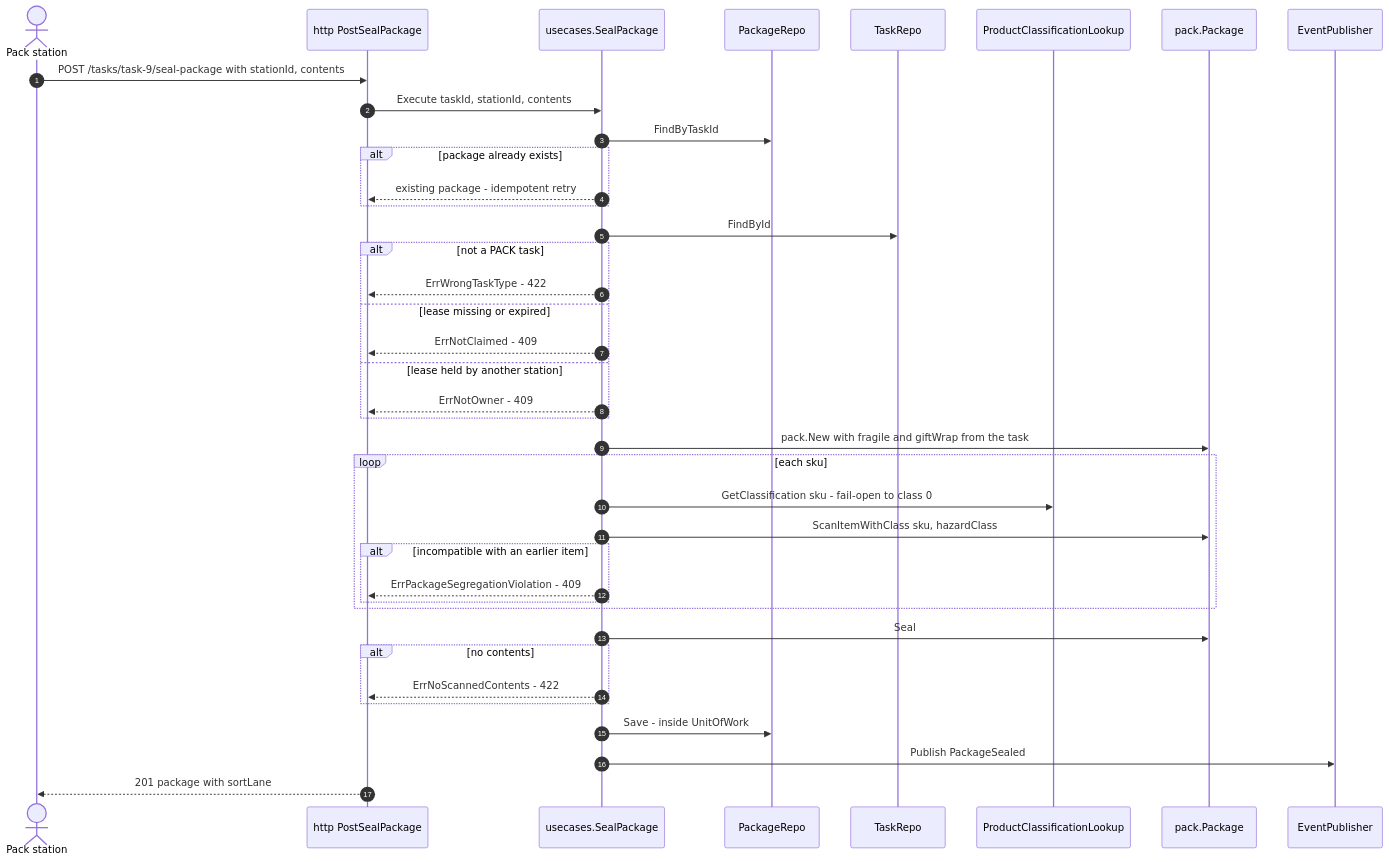
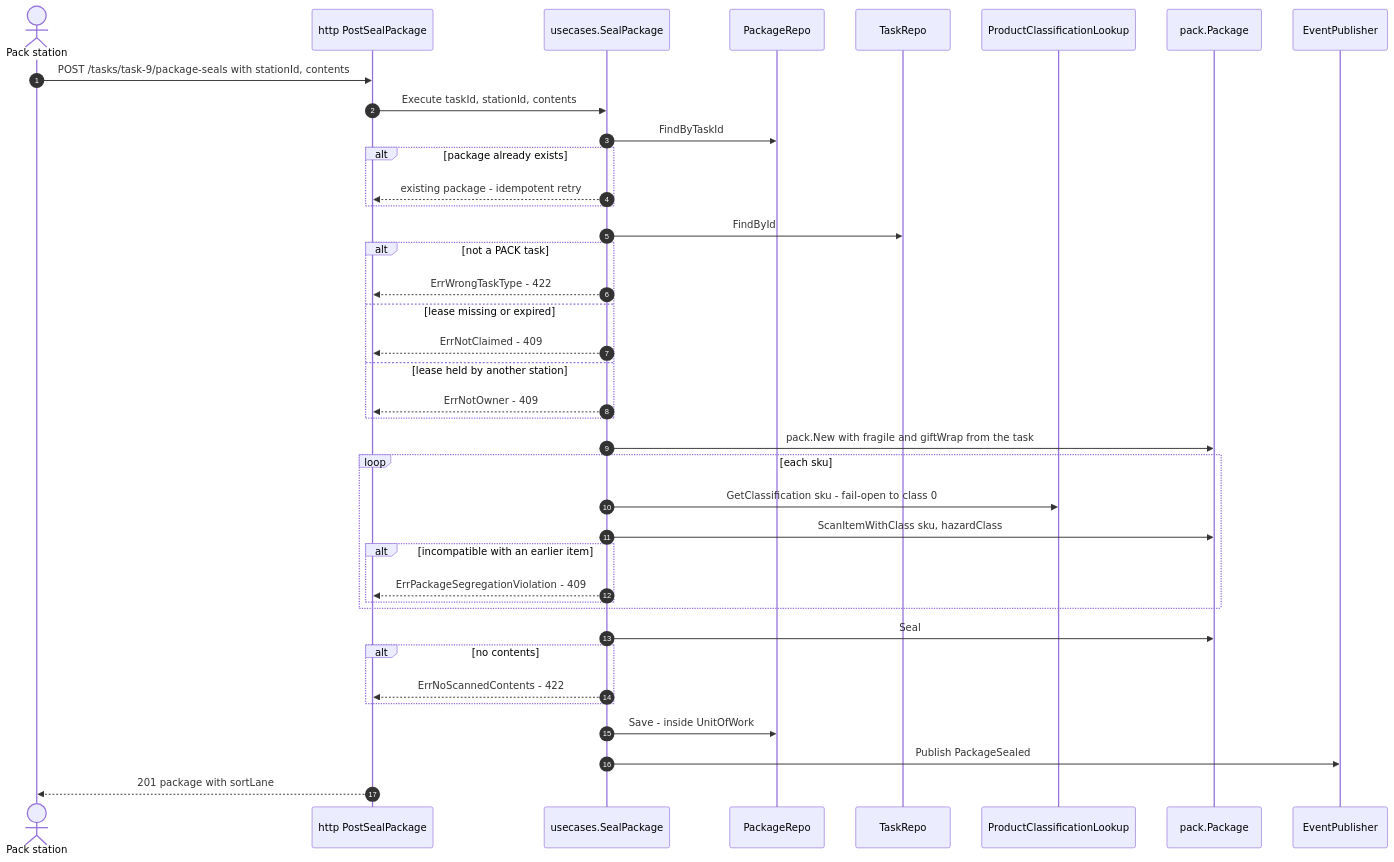
Before and after one commit to IQVO/warehouse-docs: the seventh of 10 diagrams in docs/contexts/fulfillment-execution/sequence-diagrams.md, drawn with Mermaid. The commit also changed other lines of this file and 272 other files, not shown here.

````diff
--- a/docs/contexts/fulfillment-execution/sequence-diagrams.md
+++ b/docs/contexts/fulfillment-execution/sequence-diagrams.md
@@ -291,41 +291,41 @@
 ```mermaid
 sequenceDiagram
     autonumber
     actor S as Pack station
     participant H as http PostSealPackage
     participant UC as usecases.SealPackage
     participant PR as PackageRepo
     participant R as TaskRepo
     participant CL as ProductClassificationLookup
     participant PK as pack.Package
     participant P as EventPublisher
-    S->>H: POST /tasks/task-9/seal-package with stationId, contents
+    S->>H: POST /tasks/task-9/package-seals with stationId, contents
     H->>UC: Execute taskId, stationId, contents
     UC->>PR: FindByTaskId
     alt package already exists
         UC-->>H: existing package - idempotent retry
     end
     UC->>R: FindById
     alt not a PACK task
         UC-->>H: ErrWrongTaskType - 422
     else lease missing or expired
         UC-->>H: ErrNotClaimed - 409
     else lease held by another station
         UC-->>H: ErrNotOwner - 409
     end
     UC->>PK: pack.New with fragile and giftWrap from the task
     loop each sku
         UC->>CL: GetClassification sku - fail-open to class 0
         UC->>PK: ScanItemWithClass sku, hazardClass
         alt incompatible with an earlier item
             UC-->>H: ErrPackageSegregationViolation - 409
         end
     end
     UC->>PK: Seal
     alt no contents
         UC-->>H: ErrNoScannedContents - 422
     end
     UC->>PR: Save - inside UnitOfWork
     UC->>P: Publish PackageSealed
     H-->>S: 201 package with sortLane
 ```
````
